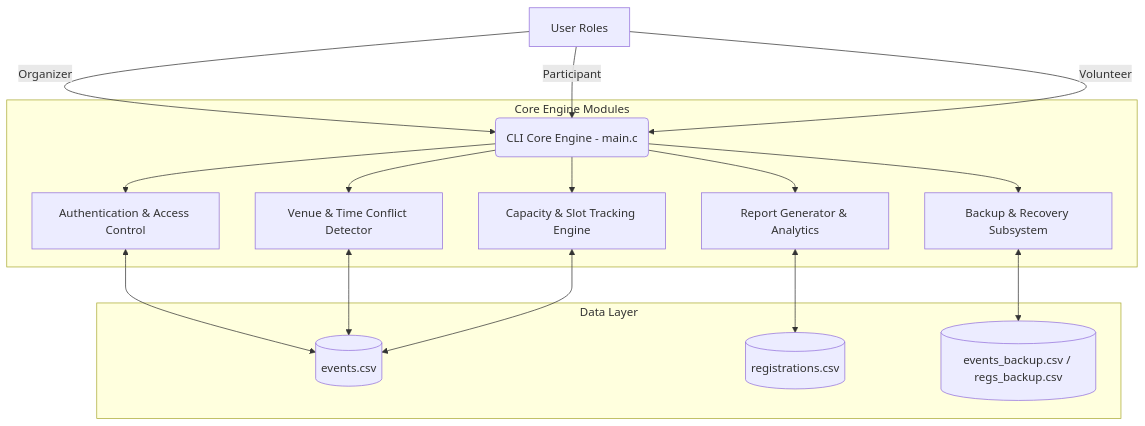
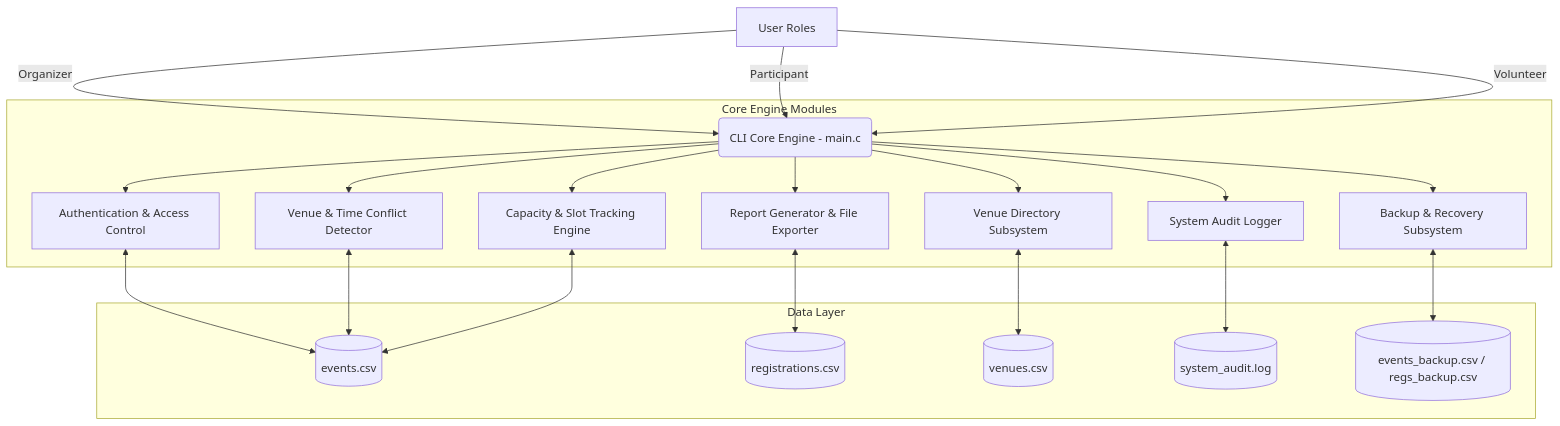
The first of 2 diagrams in README.md (pratikbarua-dev/capstone_DIU_Event_Management), drawn with Mermaid before and after one commit. The commit also changed other lines of this file and 2 other files, not shown here.

Commit message:
Pratik - "Implemented venue directory for Ayshi, audit logging & report exporting for Moshiur, and updated README department"

````diff
--- a/README.md
+++ b/README.md
@@ -41,22 +41,26 @@
 ```mermaid
 graph TD
     A[User Roles] -->|Organizer| B(CLI Core Engine - main.c)
     A -->|Participant| B
     A -->|Volunteer| B
 
     subgraph Core Engine Modules
         B --> C[Authentication & Access Control]
         B --> D[Venue & Time Conflict Detector]
         B --> E[Capacity & Slot Tracking Engine]
-        B --> F[Report Generator & Analytics]
-        B --> G[Backup & Recovery Subsystem]
+        B --> F[Report Generator & File Exporter]
+        B --> G[Venue Directory Subsystem]
+        B --> H[System Audit Logger]
+        B --> I[Backup & Recovery Subsystem]
     end
 
     subgraph Data Layer
-        C <--> H[(events.csv)]
-        D <--> H
-        E <--> H
-        F <--> I[(registrations.csv)]
-        G <--> J[(events_backup.csv / regs_backup.csv)]
+        C <--> J[(events.csv)]
+        D <--> J
+        E <--> J
+        F <--> K[(registrations.csv)]
+        G <--> L[(venues.csv)]
+        H <--> M[(system_audit.log)]
+        I <--> N[(events_backup.csv / regs_backup.csv)]
     end
 ```
````
